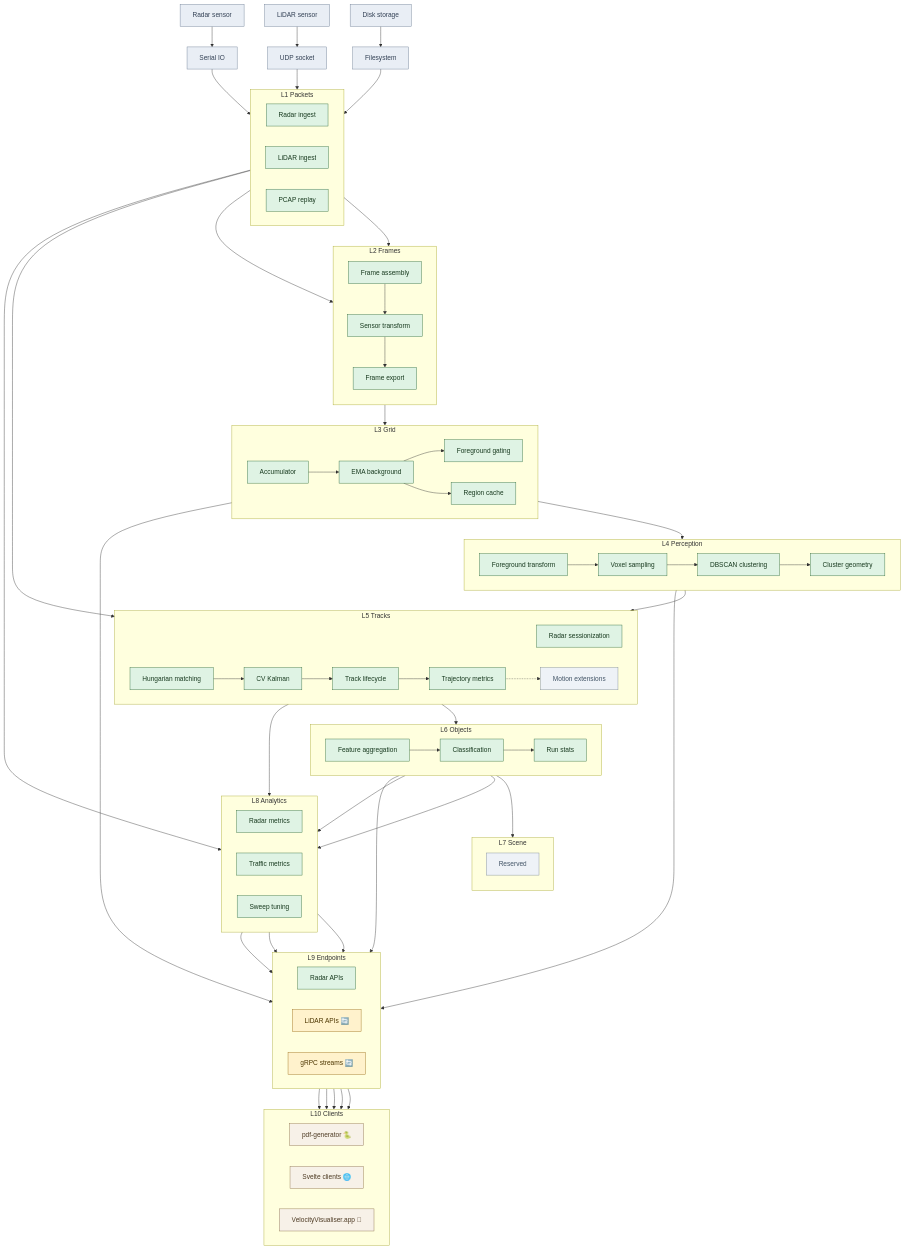
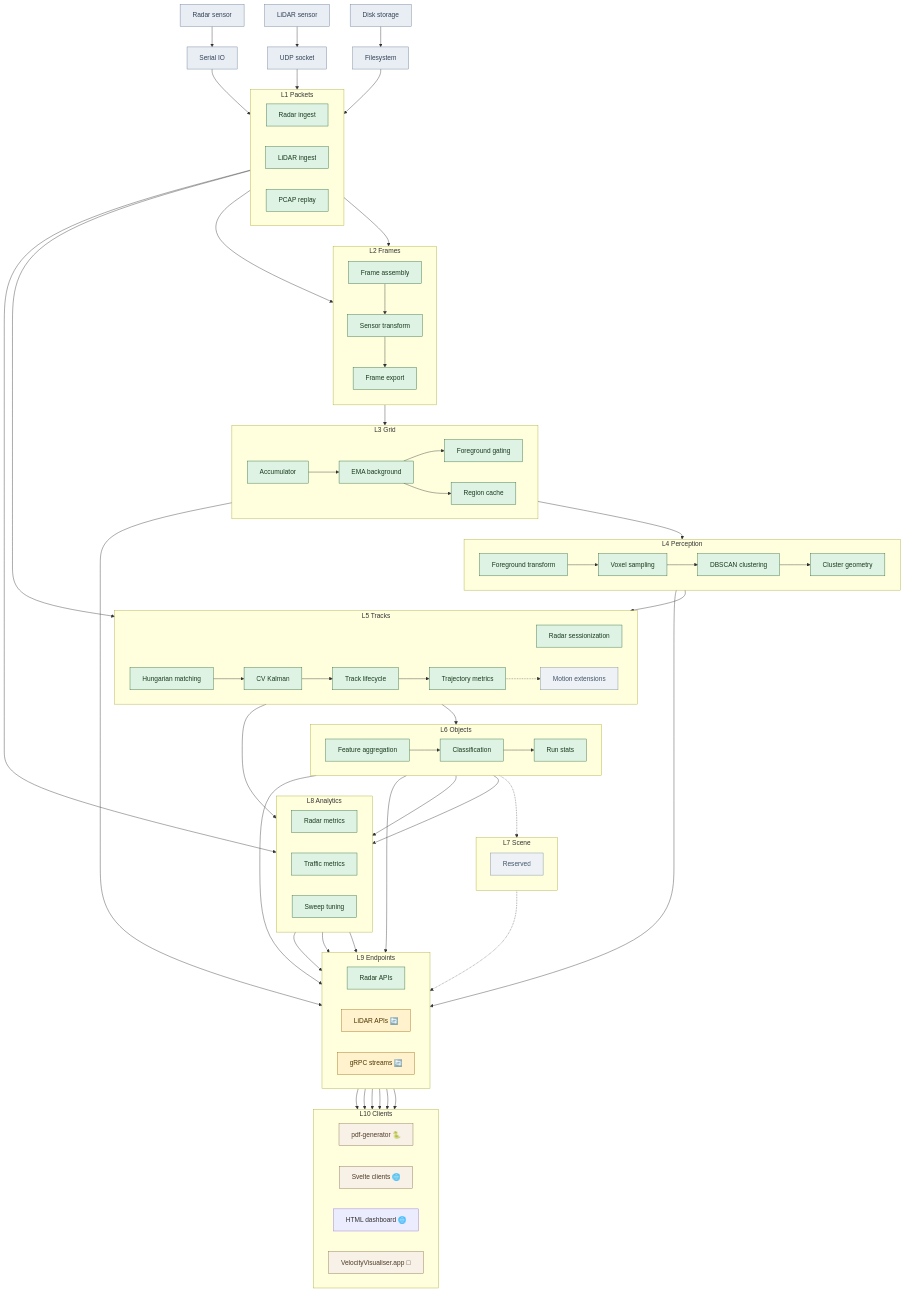
One commit to banshee-data/velocity.report changed the diagram in docs/lidar/architecture/lidar-data-layer-model.md. Above: the diagram before and after it, drawn with Mermaid. The commit also changed other lines of this file, not shown here.

Commit message:
[docs] update LiDAR data layer model documentation with additional flowchart connections and reading notes

```diff
--- a/docs/lidar/architecture/lidar-data-layer-model.md
+++ b/docs/lidar/architecture/lidar-data-layer-model.md
@@ -126,6 +126,7 @@
         direction LR
         L10a["pdf-generator 🐍"]
         L10b["Svelte clients 🌐"]
+        L10d["HTML dashboard 🌐"]
         L10c["VelocityVisualiser.app "]
     end
 
@@ -156,14 +157,16 @@
     L5e -.-> L5f
     L6a --> L6b
     L6b --> L6c
+    L6b --> L9b
+    L6b -.-> L7a
     L6c --> L8b
     L6c --> L8c
     L3b --> L9c
+    L4d --> L9c
     L6b --> L9c
     L8c --> L9b
-    L6b --> L7a
+    L7a -.-> L9c
     L8b --> L9b
-    L4d --> L9c
     L9c --> L10c
     L9b --> L10c
     L9b --> L10b
@@ -174,6 +177,7 @@
     L8a --> L9a
     L9a --> L10a
     L9a --> L10b
+    L9b --> L10d
 
     class P0a,P0b,P0c,P0d,P0e,P0f infra;
     class L1a,L1b,L1c,L2a,L2b,L2c,L3a,L3b,L3c,L3d,L4a,L4b,L4c,L4d,L5a,L5b,L5c,L5d,L5e,L6a,L6b,L6c,L8a,L8b,L8c,L9a implemented;
```
